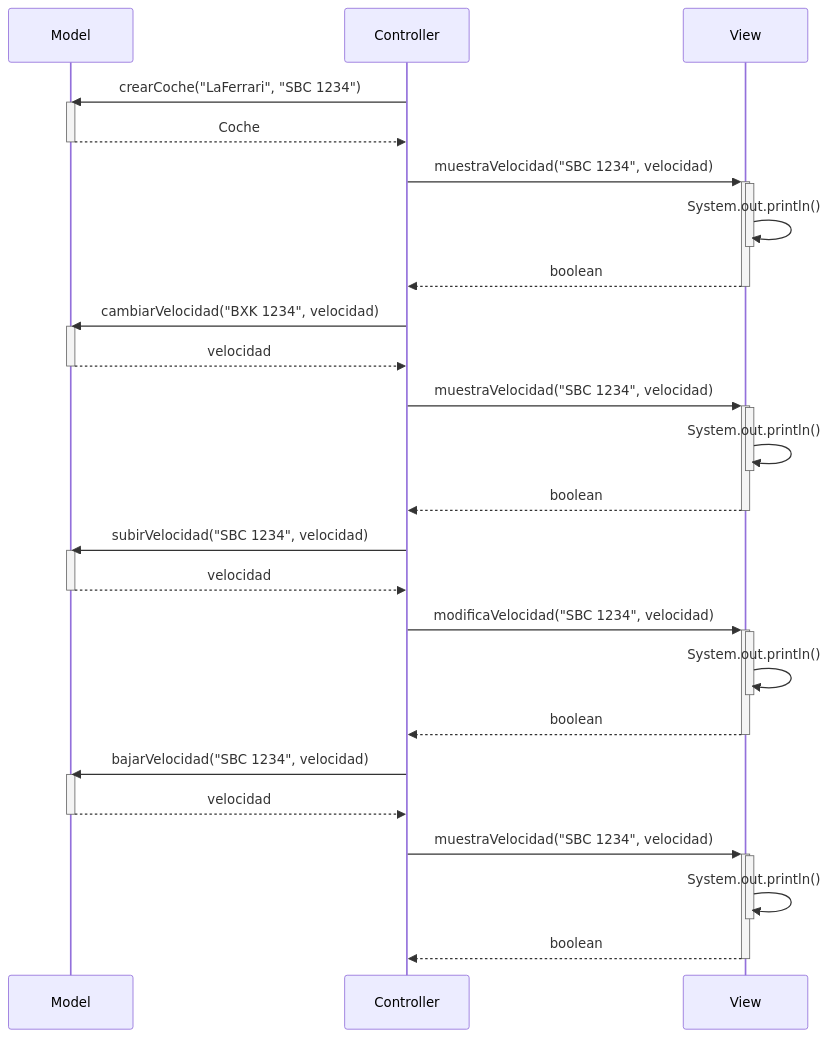
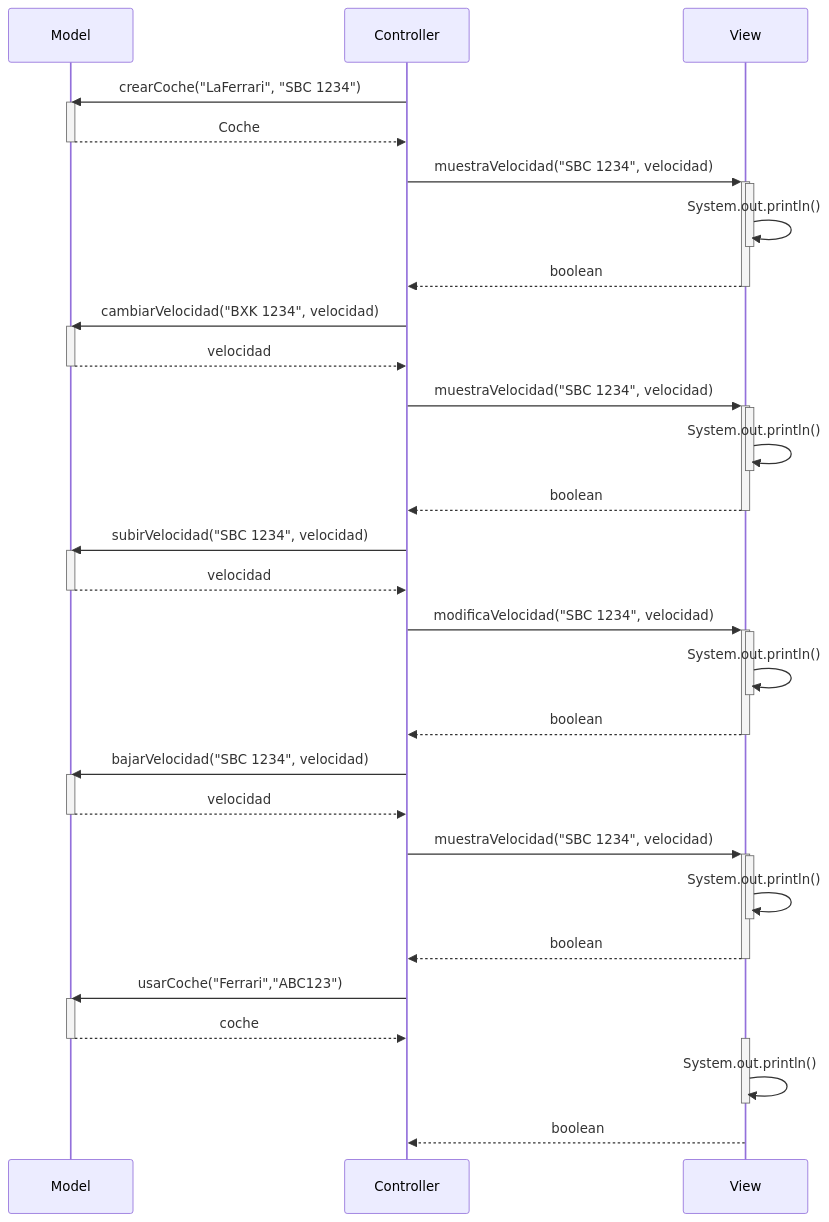
The third of 3 diagrams in Readme.md (PPAGabriel/MVC_coches), drawn with Mermaid before and after one commit.

Commit message:
Actualizando README

````diff
--- a/Readme.md
+++ b/Readme.md
@@ -95,42 +95,50 @@
 ```mermaid
 sequenceDiagram
     participant Model
     participant Controller
     participant View
     Controller->>Model: crearCoche("LaFerrari", "SBC 1234")
     activate Model
     Model-->>Controller: Coche
     deactivate Model
     Controller->>+View: muestraVelocidad("SBC 1234", velocidad)
     activate View
     View->>-View: System.out.println()
     View-->>Controller: boolean
     deactivate View
     Controller->>Model: cambiarVelocidad("BXK 1234", velocidad)
     activate Model
     Model-->>Controller: velocidad
     deactivate Model
     Controller->>+View: muestraVelocidad("SBC 1234", velocidad)
     activate View
     View->>-View: System.out.println()
     View-->>Controller: boolean
     deactivate View
     Controller->>Model: subirVelocidad("SBC 1234", velocidad)
     activate Model
     Model-->>Controller: velocidad
     deactivate Model
     Controller->>+View: modificaVelocidad("SBC 1234", velocidad)
     activate View
     View->>-View: System.out.println()
     View-->>Controller: boolean
     deactivate View
     Controller->>Model: bajarVelocidad("SBC 1234", velocidad)
     activate Model
     Model-->>Controller: velocidad
     deactivate Model
     Controller->>+View: muestraVelocidad("SBC 1234", velocidad)
     activate View
     View->>-View: System.out.println()
     View-->>Controller: boolean
     deactivate View
+    Controller->>Model: usarCoche("Ferrari","ABC123")
+    activate Model
+    Model-->>Controller: coche
+    deactivate Model
+    activate View
+    View->>-View: System.out.println()
+    View-->>Controller: boolean
+    
 ```
````
